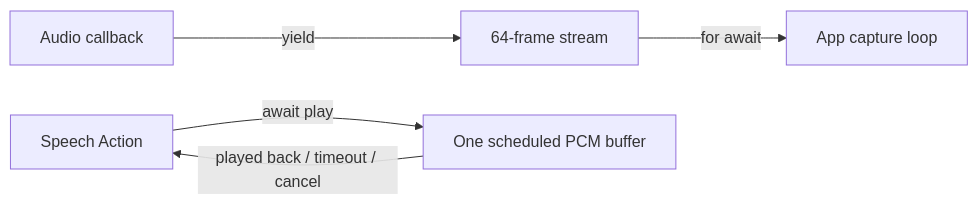
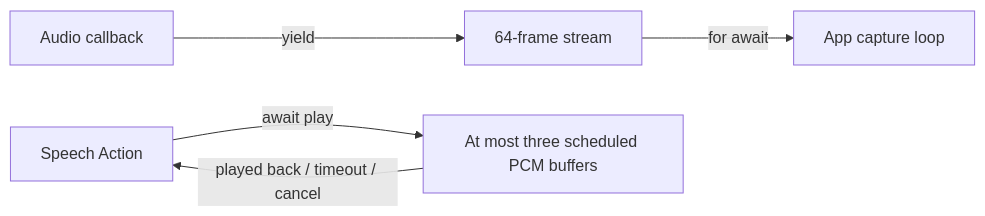
One commit to devilyouwei/MobileHarness changed the second of 3 diagrams in MobileHarness/PlatformKit/Audio/README.md. Above: the diagram before and after it, drawn with Mermaid. The commit also changed other lines of this file and 30 other files, not shown here.

````diff
--- a/MobileHarness/PlatformKit/Audio/README.md
+++ b/MobileHarness/PlatformKit/Audio/README.md
@@ -27,7 +27,7 @@
 ```mermaid
 flowchart LR
     Tap[Audio callback] -->|yield| Frames[64-frame stream]
     Frames -->|for await| Capture[App capture loop]
-    Action[Speech Action] -->|await play| Player[One scheduled PCM buffer]
+    Action[Speech Action] -->|await play| Player[At most three scheduled PCM buffers]
     Player -->|played back / timeout / cancel| Action
 ```
````
